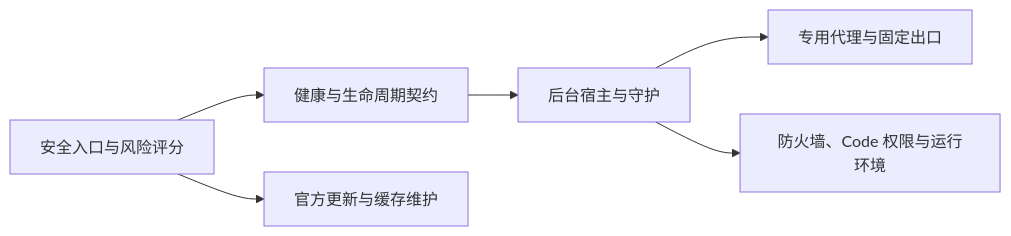
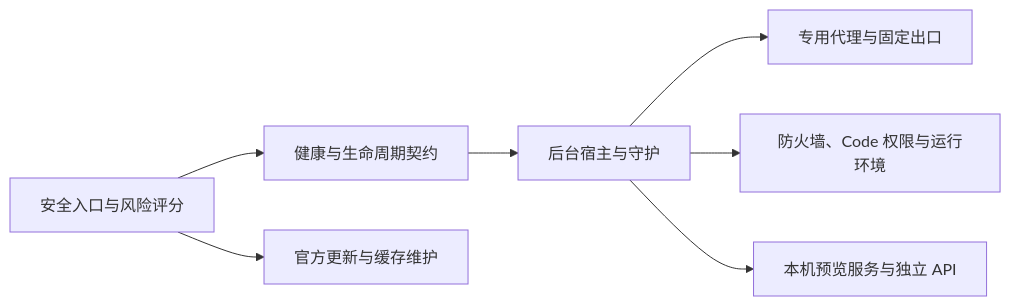
Before and after one commit to cr20085361/claude-code-protection-tool: the first of 3 diagrams in README.md, drawn with Mermaid. The commit also changed other lines of this file and 10 other files, not shown here.

````diff
--- a/README.md
+++ b/README.md
@@ -91,8 +93,9 @@
 ```mermaid
 flowchart LR
   A["安全入口与风险评分"] --> B["健康与生命周期契约"]
   B --> C["后台宿主与守护"]
   C --> D["专用代理与固定出口"]
   C --> E["防火墙、Code 权限与运行环境"]
   A --> F["官方更新与缓存维护"]
+  C --> G["本机预览服务与独立 API"]
 ```
````
